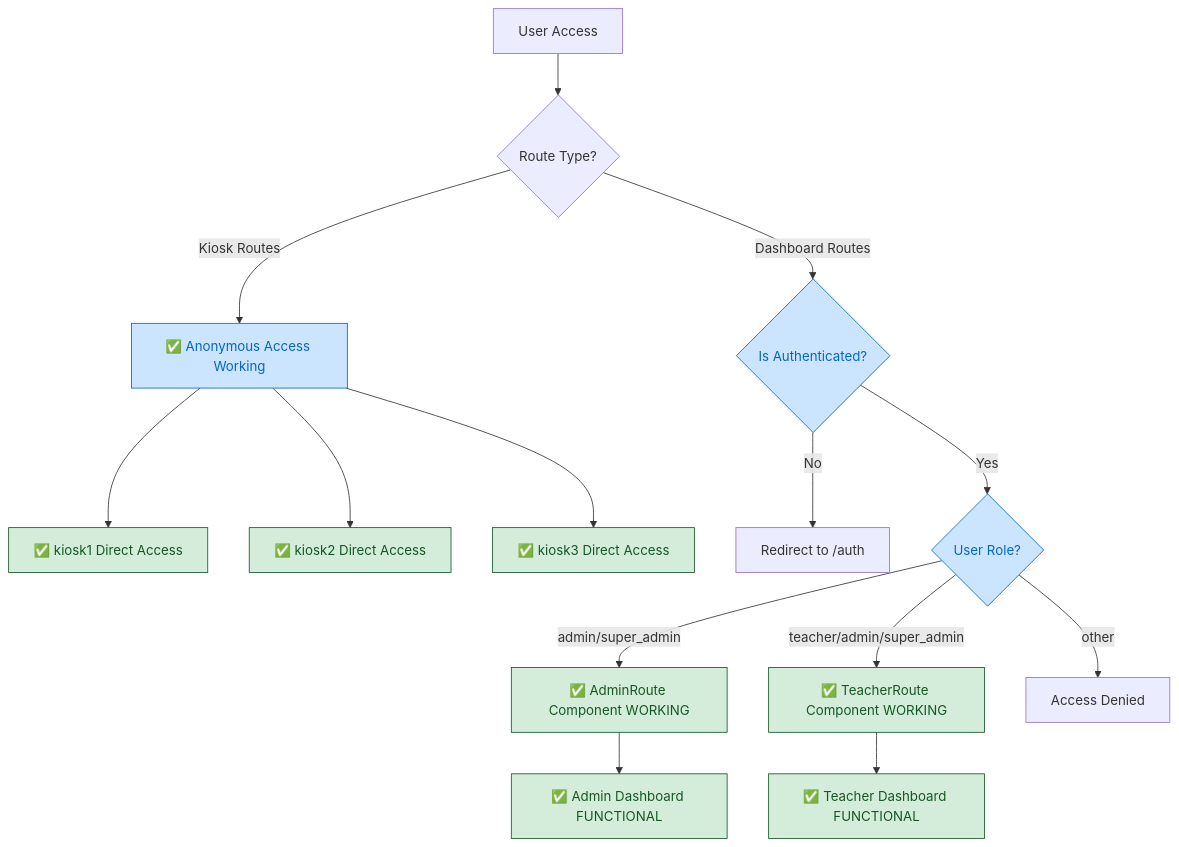
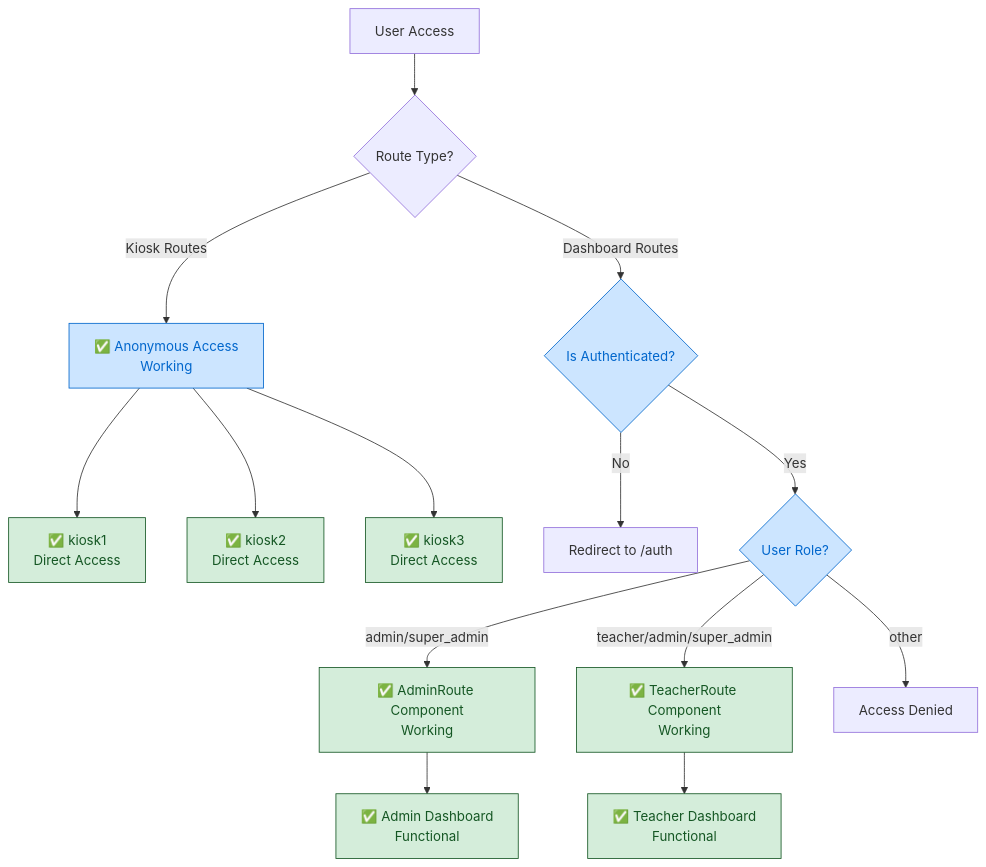
The first of 4 diagrams in docs/flowcharts/Current-State/01-current-authentication-complete.md (Splurfa/bx-os), drawn with Mermaid before and after one commit. The commit also changed other lines of this file and 11 other files, not shown here.

Commit message:
Fix flowchart text wrapping

````diff
--- a/docs/flowcharts/Current-State/01-current-authentication-complete.md
+++ b/docs/flowcharts/Current-State/01-current-authentication-complete.md
@@ -9,26 +9,26 @@
 ```mermaid
 flowchart TD
     A[User Access] --> B{Route Type?}
-    B -->|Kiosk Routes| C[✅ Anonymous Access Working]
+    B -->|Kiosk Routes| C[✅ Anonymous Access<br/>Working]
     B -->|Dashboard Routes| D{Is Authenticated?}
     
-    C --> E[✅ kiosk1 Direct Access]
-    C --> F[✅ kiosk2 Direct Access]
-    C --> G[✅ kiosk3 Direct Access]
+    C --> E[✅ kiosk1<br/>Direct Access]
+    C --> F[✅ kiosk2<br/>Direct Access]
+    C --> G[✅ kiosk3<br/>Direct Access]
     
     D -->|No| H[Redirect to /auth]
     D -->|Yes| I{User Role?}
     
-    I -->|admin/super_admin| J[✅ AdminRoute Component WORKING]
-    I -->|teacher/admin/super_admin| K[✅ TeacherRoute Component WORKING]
+    I -->|admin/super_admin| J[✅ AdminRoute Component<br/>Working]
+    I -->|teacher/admin/super_admin| K[✅ TeacherRoute Component<br/>Working]
     I -->|other| L[Access Denied]
     
-    J --> M[✅ Admin Dashboard FUNCTIONAL]
-    K --> N[✅ Teacher Dashboard FUNCTIONAL]
+    J --> M[✅ Admin Dashboard<br/>Functional]
+    K --> N[✅ Teacher Dashboard<br/>Functional]
     
     classDef working fill:#d4edda,stroke:#155724,color:#155724
     classDef functional fill:#cce5ff,stroke:#0066cc,color:#0066cc
     
     class E,F,G,J,K,M,N working
     class C,D,I functional
 ```
````
